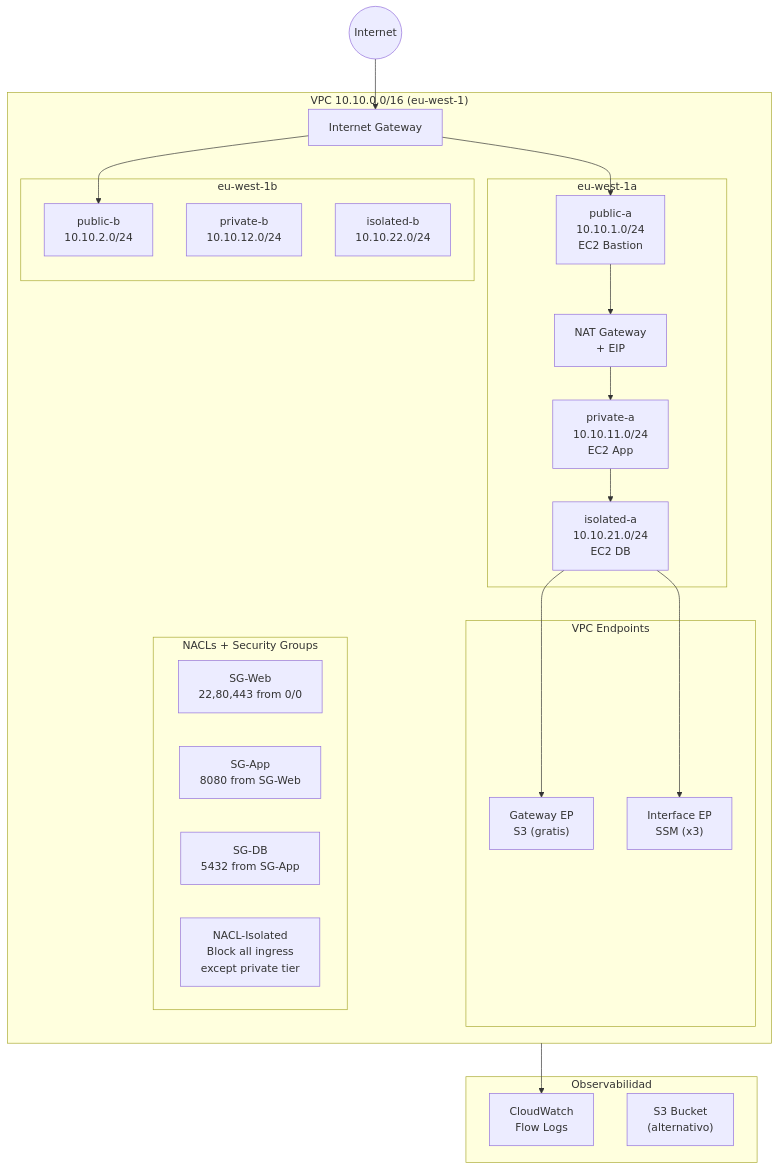
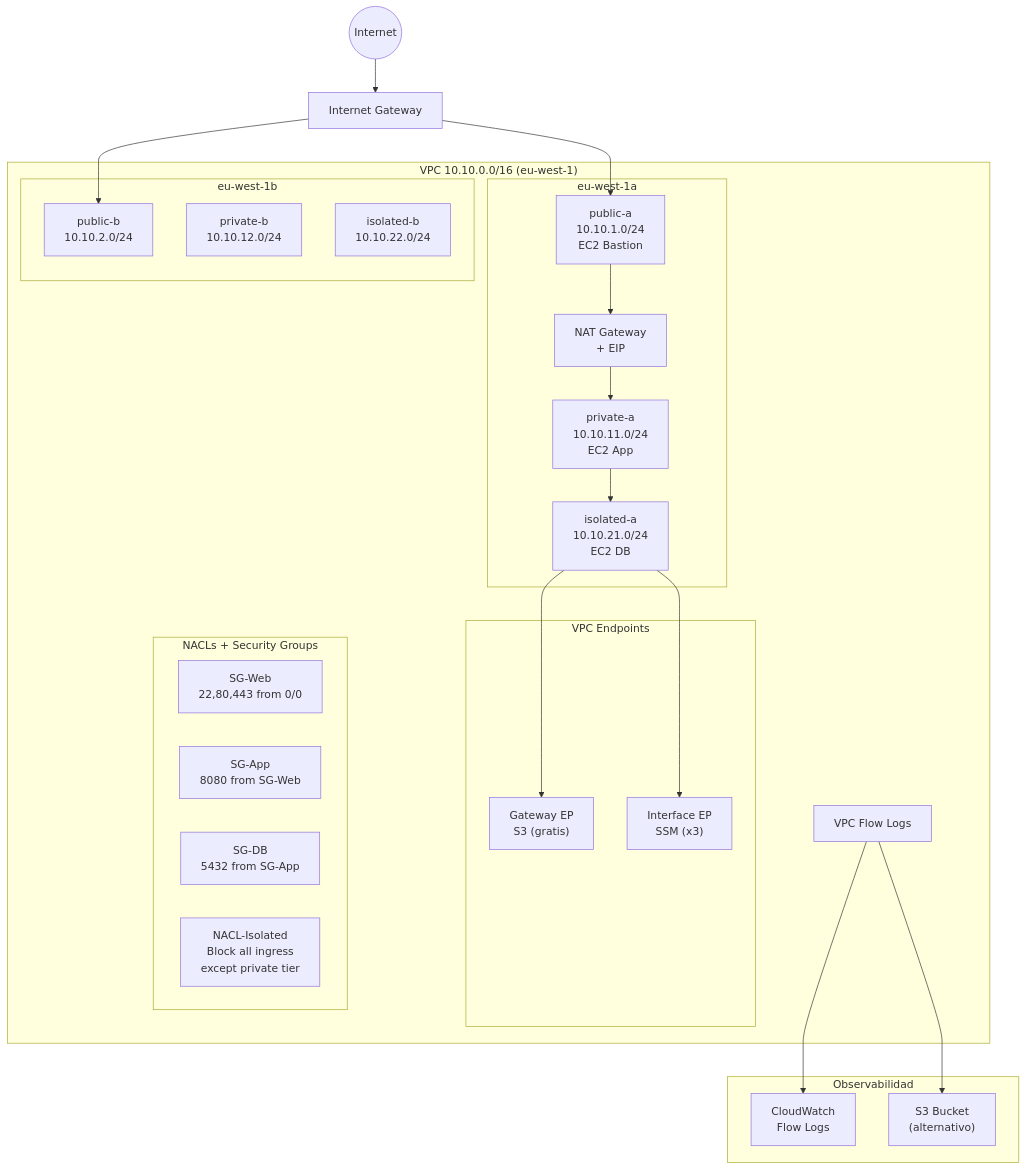
Before and after one commit to systtekcloud/aws-cloud-services: the diagram in vpc/labs/lab01-vpc/README.md, drawn with Mermaid. The commit also changed 47 other files, not shown here.

````diff
--- a/vpc/labs/lab01-vpc/README.md
+++ b/vpc/labs/lab01-vpc/README.md
@@ -27,47 +27,50 @@
 ```mermaid
 graph TB
     Internet((Internet))
+    IGW[Internet Gateway]
 
     subgraph VPC["VPC  10.10.0.0/16  (eu-west-1)"]
-        IGW[Internet Gateway]
-
         subgraph AZ_A["eu-west-1a"]
             PUB_A["public-a\n10.10.1.0/24\nEC2 Bastion"]
             NAT_A["NAT Gateway\n+ EIP"]
             PRIV_A["private-a\n10.10.11.0/24\nEC2 App"]
             ISO_A["isolated-a\n10.10.21.0/24\nEC2 DB"]
         end
 
         subgraph AZ_B["eu-west-1b"]
             PUB_B["public-b\n10.10.2.0/24"]
             PRIV_B["private-b\n10.10.12.0/24"]
             ISO_B["isolated-b\n10.10.22.0/24"]
         end
 
         subgraph ENDPOINTS["VPC Endpoints"]
             EP_S3["Gateway EP\nS3 (gratis)"]
             EP_SSM["Interface EP\nSSM (x3)"]
         end
 
         subgraph NACLS["NACLs + Security Groups"]
             SG_WEB["SG-Web\n22,80,443 from 0/0"]
             SG_APP["SG-App\n8080 from SG-Web"]
             SG_DB["SG-DB\n5432 from SG-App"]
             NACL_ISO["NACL-Isolated\nBlock all ingress\nexcept private tier"]
         end
+
+        FLOWLOGS[VPC Flow Logs]
     end
 
     subgraph OBSERV["Observabilidad"]
         CW["CloudWatch\nFlow Logs"]
         S3_LOGS["S3 Bucket\n(alternativo)"]
     end
 
     Internet --> IGW
-    IGW --> PUB_A & PUB_B
+    IGW --> PUB_A
+    IGW --> PUB_B
     PUB_A --> NAT_A
     NAT_A --> PRIV_A
     PRIV_A --> ISO_A
     ISO_A --> EP_S3
     ISO_A --> EP_SSM
-    VPC --> CW
+    FLOWLOGS --> CW
+    FLOWLOGS --> S3_LOGS
 ```
````
